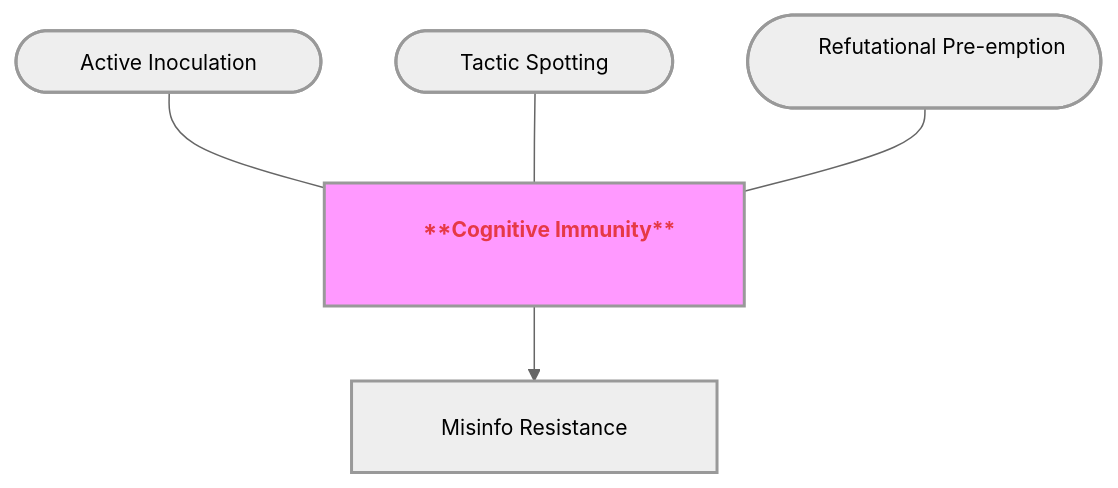
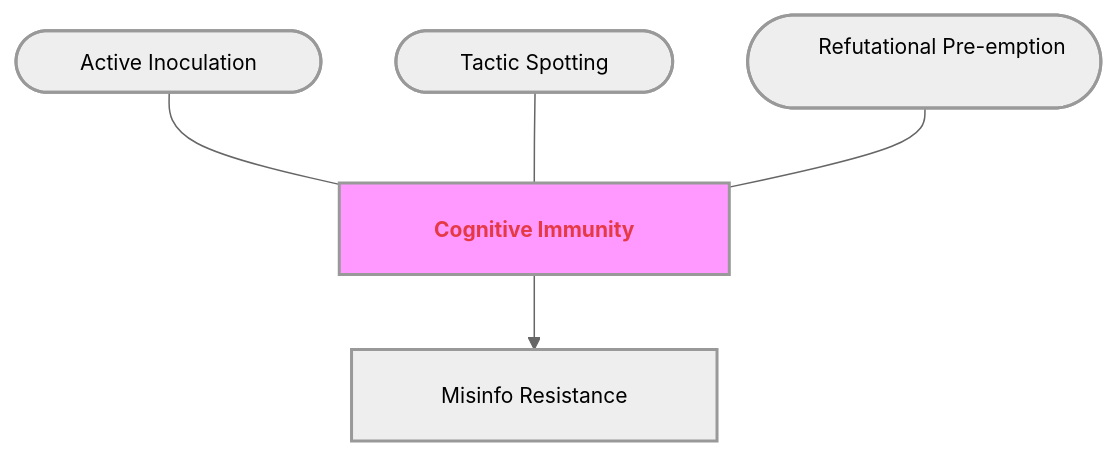
One commit to GM024/CourseSummaries changed the eighth of 8 diagrams in Communication_Influence/Mastery_Guide_SOW_BS033.md. Above: the diagram before and after it, drawn with Mermaid. The commit also changed other lines of this file, not shown here.

Commit message:
Fix: Replace MD bold with HTML <b> for Mermaid compatibility

````diff
--- a/Communication_Influence/Mastery_Guide_SOW_BS033.md
+++ b/Communication_Influence/Mastery_Guide_SOW_BS033.md
@@ -269,14 +269,14 @@
 ```mermaid
 %%{init: { 'flowchart': { 'padding': 20, 'nodeSpacing': 50, 'rankSpacing': 50, 'useMaxWidth': false }, 'theme': 'neutral', 'themeVariables': { 'fontSize': '14px' }}}%%
 graph TD
-    Hub["&nbsp;&nbsp;&nbsp;&nbsp;&nbsp;&nbsp; <span style='color:#e63946'>**Cognitive Immunity**</span> &nbsp;&nbsp;&nbsp;&nbsp;&nbsp;&nbsp;"]:::hubNode
+    Hub["&nbsp;&nbsp;&nbsp;&nbsp;&nbsp;&nbsp; <span style='color:#e63946'><b>Cognitive Immunity</b></span> &nbsp;&nbsp;&nbsp;&nbsp;&nbsp;&nbsp;"]:::hubNode
     
     S1(["&nbsp;&nbsp;&nbsp;&nbsp;&nbsp;&nbsp; Active Inoculation &nbsp;&nbsp;&nbsp;&nbsp;&nbsp;&nbsp;"]) --- Hub
     S2(["&nbsp;&nbsp;&nbsp;&nbsp;&nbsp;&nbsp; Tactic Spotting &nbsp;&nbsp;&nbsp;&nbsp;&nbsp;&nbsp;"]) --- Hub
     S3(["&nbsp;&nbsp;&nbsp;&nbsp;&nbsp;&nbsp; Refutational Pre-emption &nbsp;&nbsp;&nbsp;&nbsp;&nbsp;&nbsp;"]) --- Hub
     
     Hub --> B1["&nbsp;&nbsp;&nbsp;&nbsp; Misinfo Resistance &nbsp;&nbsp;&nbsp;&nbsp;"]
     
     classDef hubNode font-weight:bold,stroke-width:2px,fill:#f9f;
     classDef default stroke-width:2px;
 ```
````
